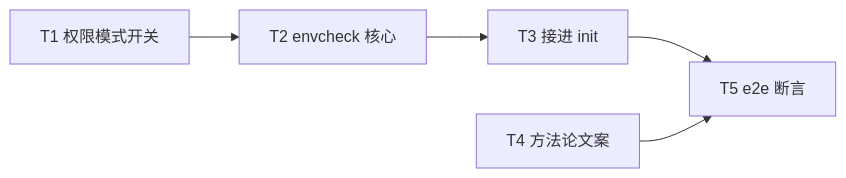
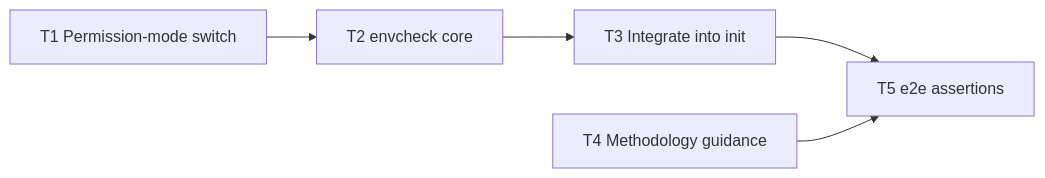
Before and after one commit to Curry09/OpenAgents: the diagram in docs/specs/0030-init-browser-e2e-env-check.md, drawn with Mermaid. The commit also changed other lines of this file and 461 other files, not shown here.

````diff
--- a/docs/specs/0030-init-browser-e2e-env-check.md
+++ b/docs/specs/0030-init-browser-e2e-env-check.md
@@ -177,7 +177,7 @@
 ```mermaid
 graph LR
-  T1[T1 权限模式开关] --> T2[T2 envcheck 核心]
-  T2 --> T3[T3 接进 init]
-  T3 --> T5[T5 e2e 断言]
-  T4[T4 方法论文案] --> T5
+  T1[T1 Permission-mode switch] --> T2[T2 envcheck core]
+  T2 --> T3[T3 Integrate into init]
+  T3 --> T5[T5 e2e assertions]
+  T4[T4 Methodology guidance] --> T5
 ```
````
